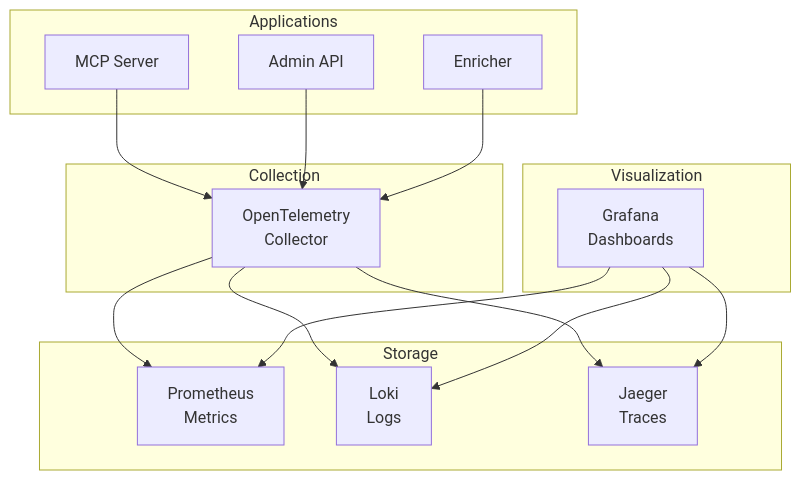
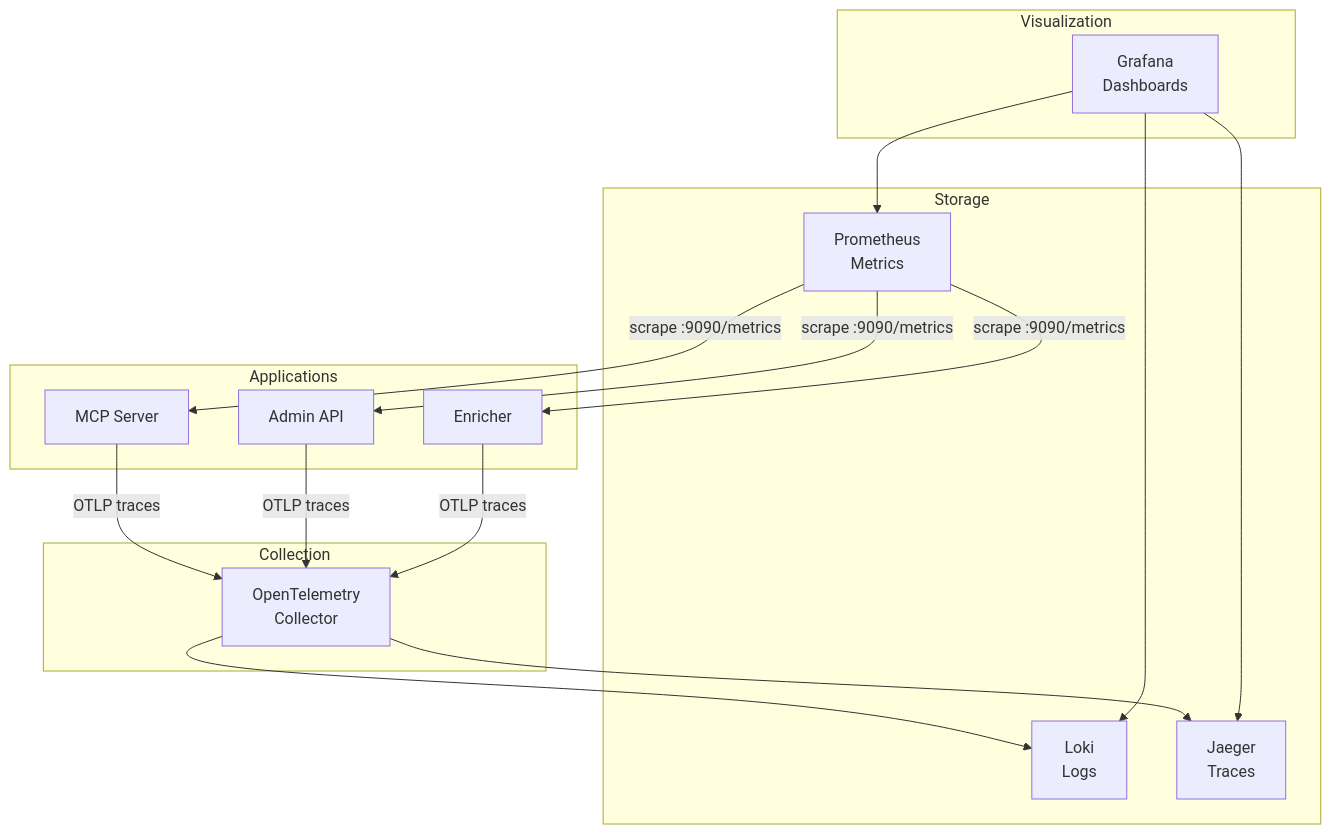
Before and after one commit to twistingmercury/mnemonic-docs: the fourth of 4 diagrams in docs/architecture/system/07-observability-architecture.md, drawn with Mermaid. The commit also changed other lines of this file and 41 other files, not shown here.

````diff
--- a/docs/architecture/system/07-observability-architecture.md
+++ b/docs/architecture/system/07-observability-architecture.md
@@ -277,32 +310,34 @@
 ```mermaid
 graph TB
     subgraph Apps["Applications"]
         MCP[MCP Server]
         API[Admin API]
         ENR[Enricher]
     end
 
     subgraph Collection["Collection"]
         OTel[OpenTelemetry<br/>Collector]
     end
 
     subgraph Storage["Storage"]
         Prom[Prometheus<br/>Metrics]
         Loki[Loki<br/>Logs]
         Jaeger[Jaeger<br/>Traces]
     end
 
     subgraph Viz["Visualization"]
         Grafana[Grafana<br/>Dashboards]
     end
 
-    MCP --> OTel
-    API --> OTel
-    ENR --> OTel
-    OTel --> Prom
+    MCP -- "OTLP traces" --> OTel
+    API -- "OTLP traces" --> OTel
+    ENR -- "OTLP traces" --> OTel
+    Prom -- "scrape :9090/metrics" --> MCP
+    Prom -- "scrape :9090/metrics" --> API
+    Prom -- "scrape :9090/metrics" --> ENR
     OTel --> Loki
     OTel --> Jaeger
     Grafana --> Prom
     Grafana --> Loki
     Grafana --> Jaeger
 ```
````
